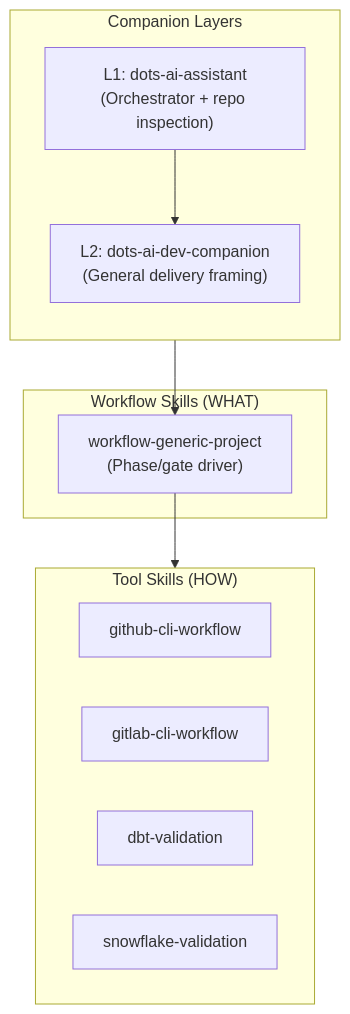
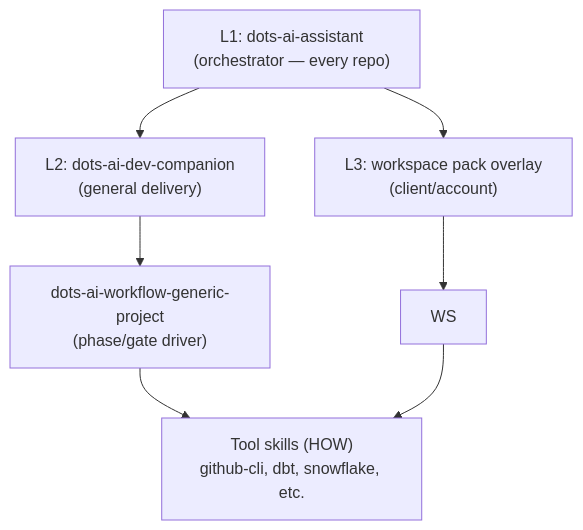
The diagram in docs/DEV_COMPANION.md (ulises-jeremias/dots-ai), drawn with Mermaid before and after one commit. The commit also changed other lines of this file and 432 other files, not shown here.

````diff
--- a/docs/DEV_COMPANION.md
+++ b/docs/DEV_COMPANION.md
@@ -7,24 +7,15 @@
 ```mermaid
-flowchart TB
-    subgraph layers["Companion Layers"]
-        direction TB
-        L1["L1: dots-ai-assistant\n(Orchestrator + repo inspection)"]
-        L2["L2: dots-ai-dev-companion\n(General delivery framing)"]
-    end
-
-    subgraph workflow["Workflow Skills (WHAT)"]
-        WF["workflow-generic-project\n(Phase/gate driver)"]
-    end
-
-    subgraph tools["Tool Skills (HOW)"]
-        direction LR
-        GH["github-cli-workflow"]
-        GL["gitlab-cli-workflow"]
-        DBT["dbt-validation"]
-        SF["snowflake-validation"]
-    end
+graph TD
+    L1["L1: dots-ai-assistant<br/>(orchestrator — every repo)"]
+    L2["L2: dots-ai-dev-companion<br/>(general delivery)"]
+    L3["L3: workspace pack overlay<br/>(client/account)"]
+    WG["dots-ai-workflow-generic-project<br/>(phase/gate driver)"]
+    HOW["Tool skills (HOW)<br/>github-cli, dbt, snowflake, etc."]
 
     L1 --> L2
-    L2 --> WF
-    WF --> tools
+    L1 --> L3
+    L2 --> WG
+    L3 --> WS
+    WG --> HOW
+    WS --> HOW
 ```
````
